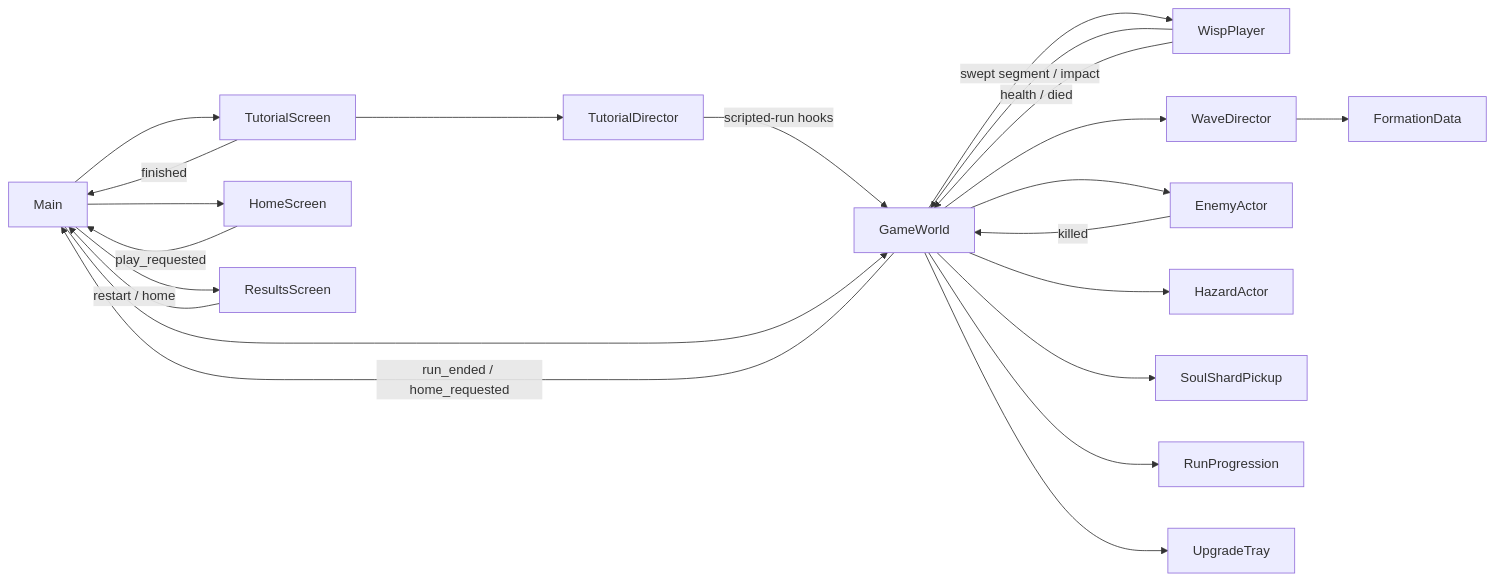
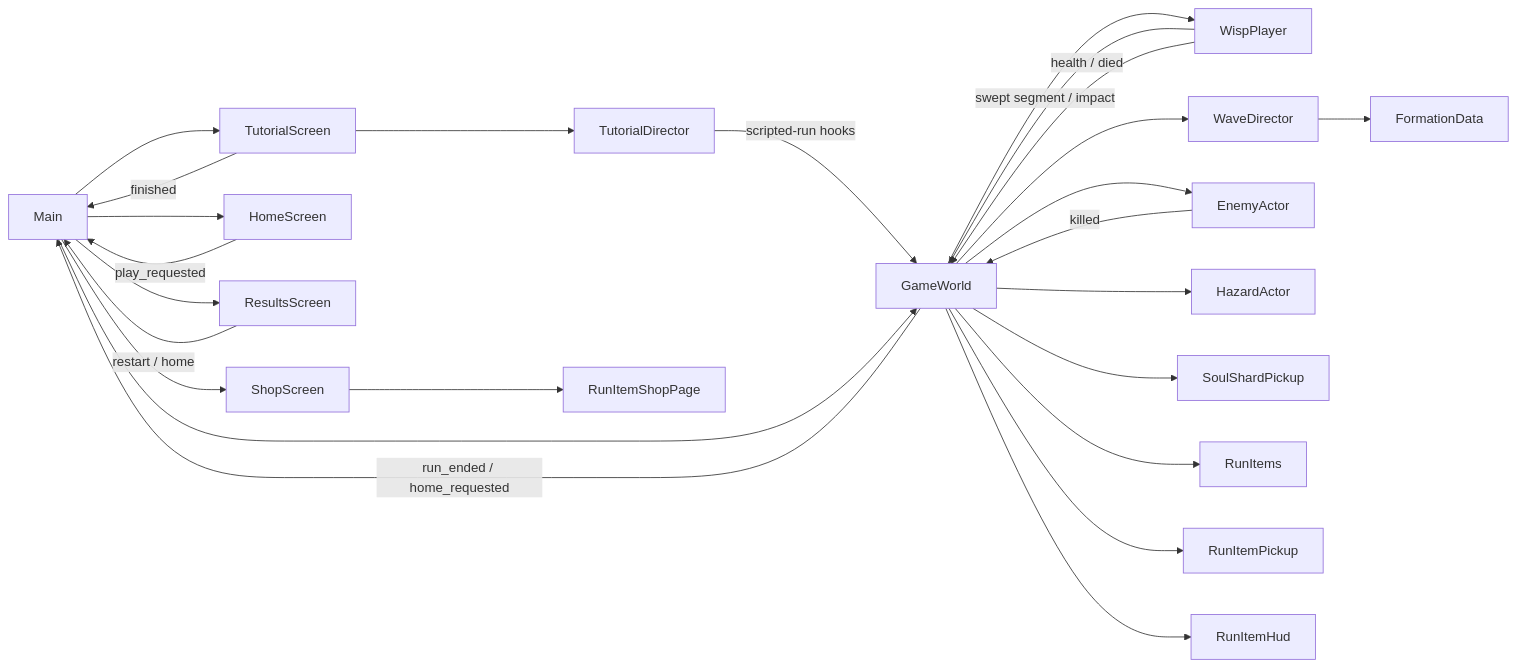
One commit to anonymusdeveloper1/Wisp-Rush changed the diagram in docs/PROJECT_CONTEXT.md. Above: the diagram before and after it, drawn with Mermaid. The commit also changed other lines of this file and 573 other files, not shown here.

````diff
--- a/docs/PROJECT_CONTEXT.md
+++ b/docs/PROJECT_CONTEXT.md
@@ -107,24 +106,27 @@
 ```mermaid
 flowchart LR
   Main --> TutorialScreen
   TutorialScreen --> TutorialDirector
   TutorialDirector -- scripted-run hooks --> GameWorld
   TutorialScreen -- finished --> Main
   Main --> HomeScreen
   HomeScreen -- play_requested --> Main
   Main --> GameWorld
   Main --> ResultsScreen
   GameWorld --> WispPlayer
   GameWorld --> WaveDirector
   WaveDirector --> FormationData
   GameWorld --> EnemyActor
   GameWorld --> HazardActor
   GameWorld --> SoulShardPickup
-  GameWorld --> RunProgression
-  GameWorld --> UpgradeTray
+  GameWorld --> RunItems
+  GameWorld --> RunItemPickup
+  GameWorld --> RunItemHud
+  Main --> ShopScreen
+  ShopScreen --> RunItemShopPage
   WispPlayer -- swept segment / impact --> GameWorld
   WispPlayer -- health / died --> GameWorld
   EnemyActor -- killed --> GameWorld
   GameWorld -- run_ended / home_requested --> Main
   ResultsScreen -- restart / home --> Main
 ```
````
